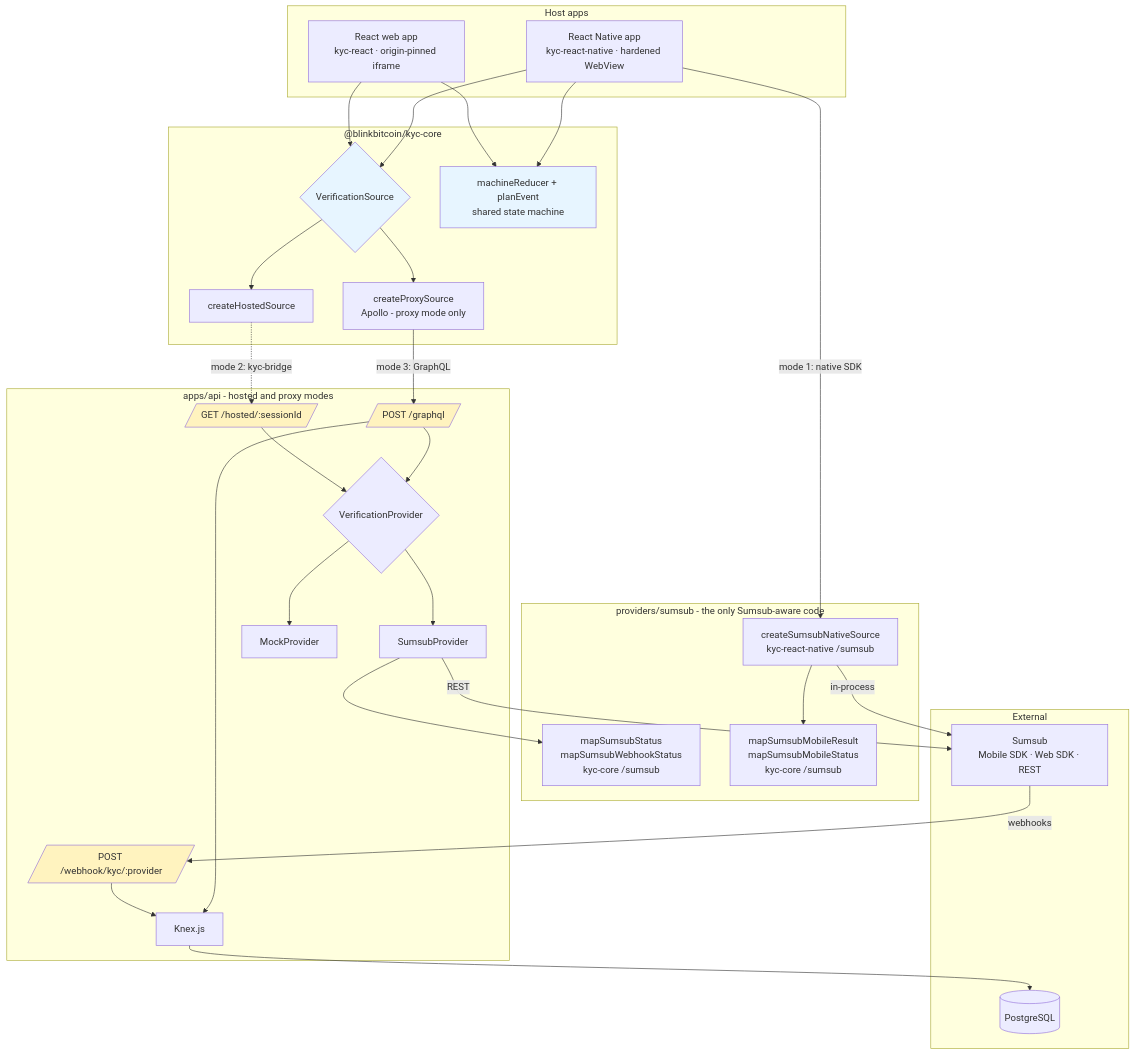
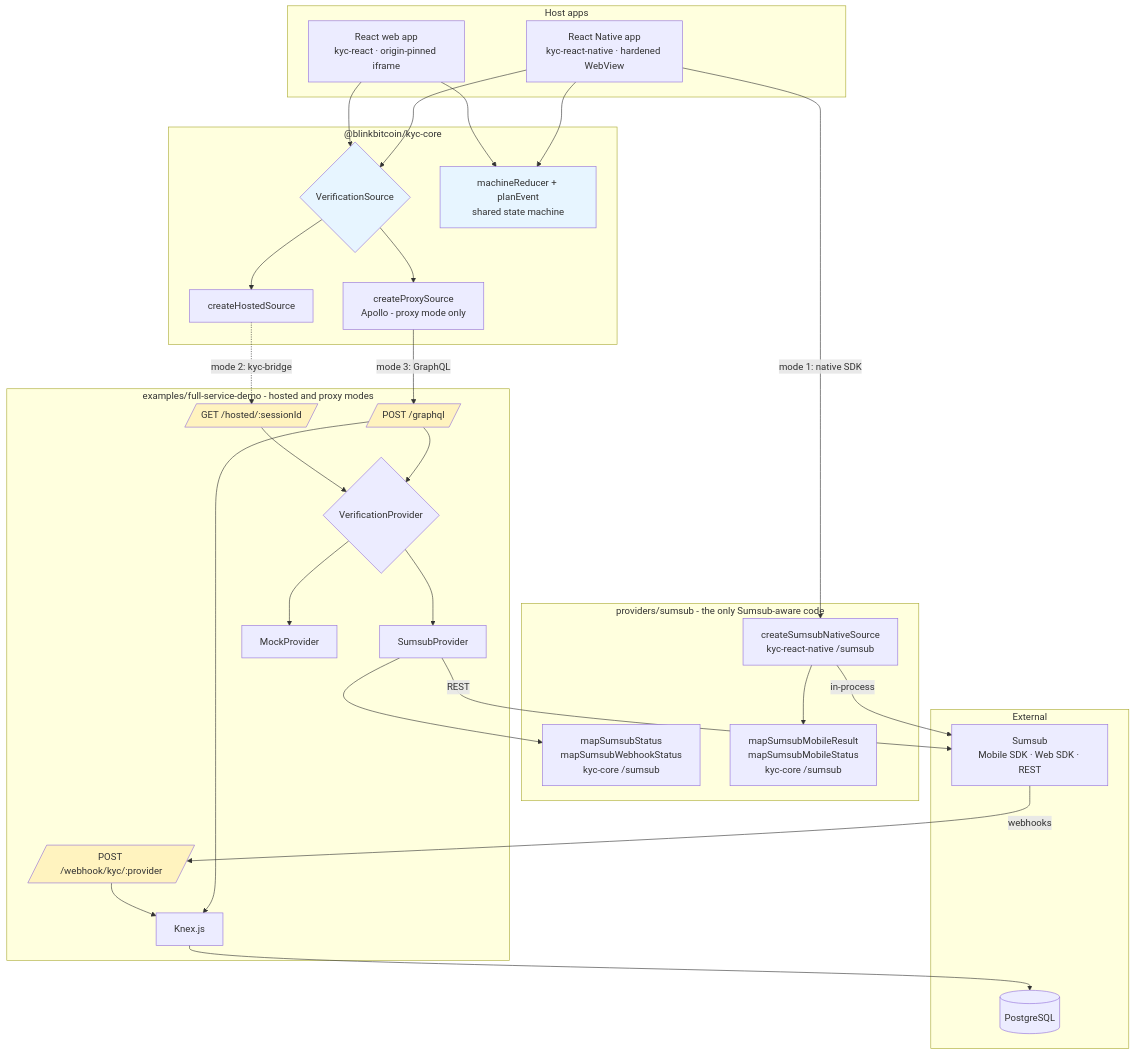
Before and after one commit to blinkbitcoin/kyc: the diagram in docs/diagrams/src/system-architecture.mmd, drawn with Mermaid. The commit also changed 133 other files, not shown here.

First line of the commit message:
refactor: move the reference backend to examples/full-service-demo

```diff
--- a/docs/diagrams/src/system-architecture.mmd
+++ b/docs/diagrams/src/system-architecture.mmd
@@ -1,59 +1,59 @@
 flowchart TB
     subgraph Hosts["Host apps"]
         RN[React Native app<br/>kyc-react-native · hardened WebView]
         WEB[React web app<br/>kyc-react · origin-pinned iframe]
     end
 
     subgraph Core["@blinkbitcoin/kyc-core"]
         SRC{VerificationSource}
         MACHINE[machineReducer + planEvent<br/>shared state machine]
         HOSTED[createHostedSource]
         PROXY[createProxySource<br/>Apollo - proxy mode only]
     end
 
     subgraph Sumsub["providers/sumsub - the only Sumsub-aware code"]
         MAP[mapSumsubStatus<br/>mapSumsubWebhookStatus<br/>kyc-core /sumsub]
         NATIVEMAP[mapSumsubMobileResult<br/>mapSumsubMobileStatus<br/>kyc-core /sumsub]
         NATIVE[createSumsubNativeSource<br/>kyc-react-native /sumsub]
     end
 
-    subgraph Backend["apps/api - hosted and proxy modes"]
+    subgraph Backend["examples/full-service-demo - hosted and proxy modes"]
         GQL[/"POST /graphql"/]
         PAGE[/"GET /hosted/:sessionId"/]
         WH[/"POST /webhook/kyc/:provider"/]
         PROV{VerificationProvider}
         SUMP[SumsubProvider]
         MOCK[MockProvider]
         KNEX[Knex.js]
     end
 
     subgraph External["External"]
         SDK[Sumsub<br/>Mobile SDK · Web SDK · REST]
         DB[(PostgreSQL)]
     end
 
     RN --> SRC
     WEB --> SRC
     RN --> MACHINE
     WEB --> MACHINE
     SRC --> HOSTED & PROXY
     RN -- "mode 1: native SDK" --> NATIVE
     NATIVE --> NATIVEMAP
     NATIVE -- "in-process" --> SDK
     HOSTED -. "mode 2: kyc-bridge" .-> PAGE
     PROXY -- "mode 3: GraphQL" --> GQL
     GQL --> PROV
     PAGE --> PROV
     PROV --> SUMP & MOCK
     SUMP --> MAP
     SUMP -- "REST" --> SDK
     SDK -- "webhooks" --> WH
     GQL --> KNEX
     WH --> KNEX
     KNEX --> DB
 
     style SRC fill:#e7f5ff
     style MACHINE fill:#e7f5ff
     style GQL fill:#fff3bf
     style PAGE fill:#fff3bf
     style WH fill:#fff3bf
```
